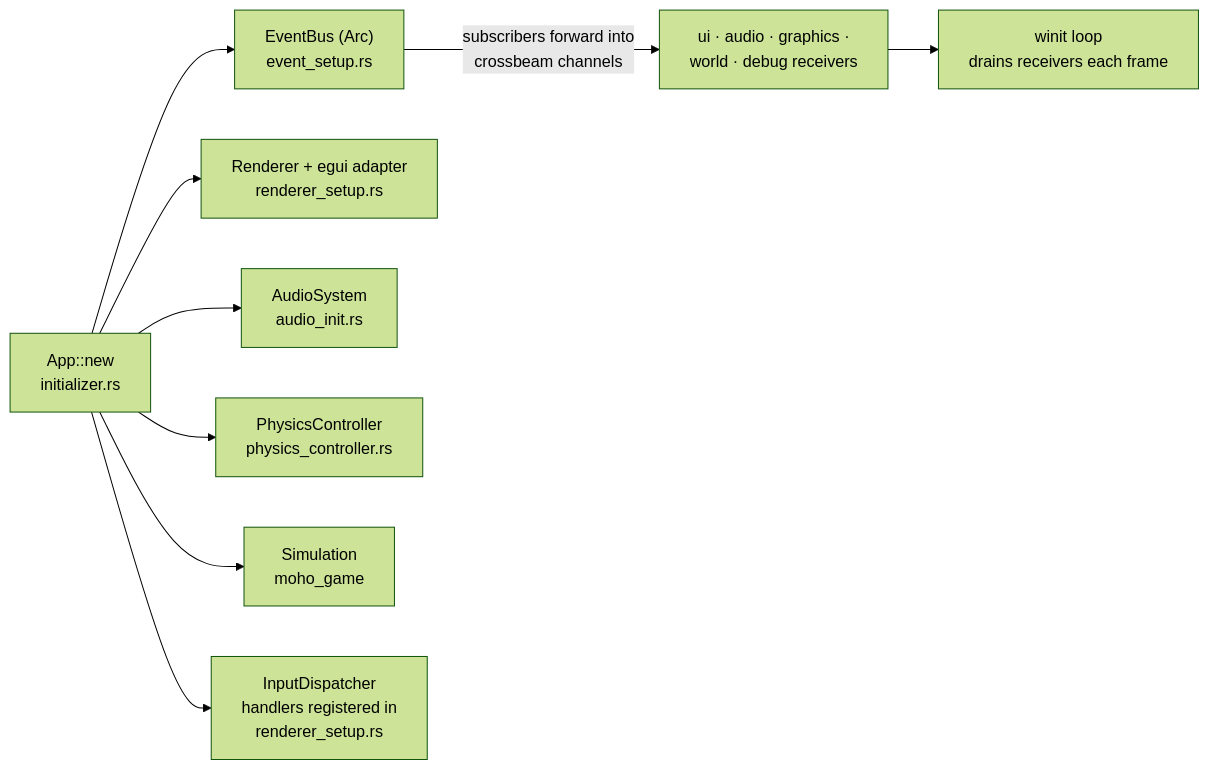
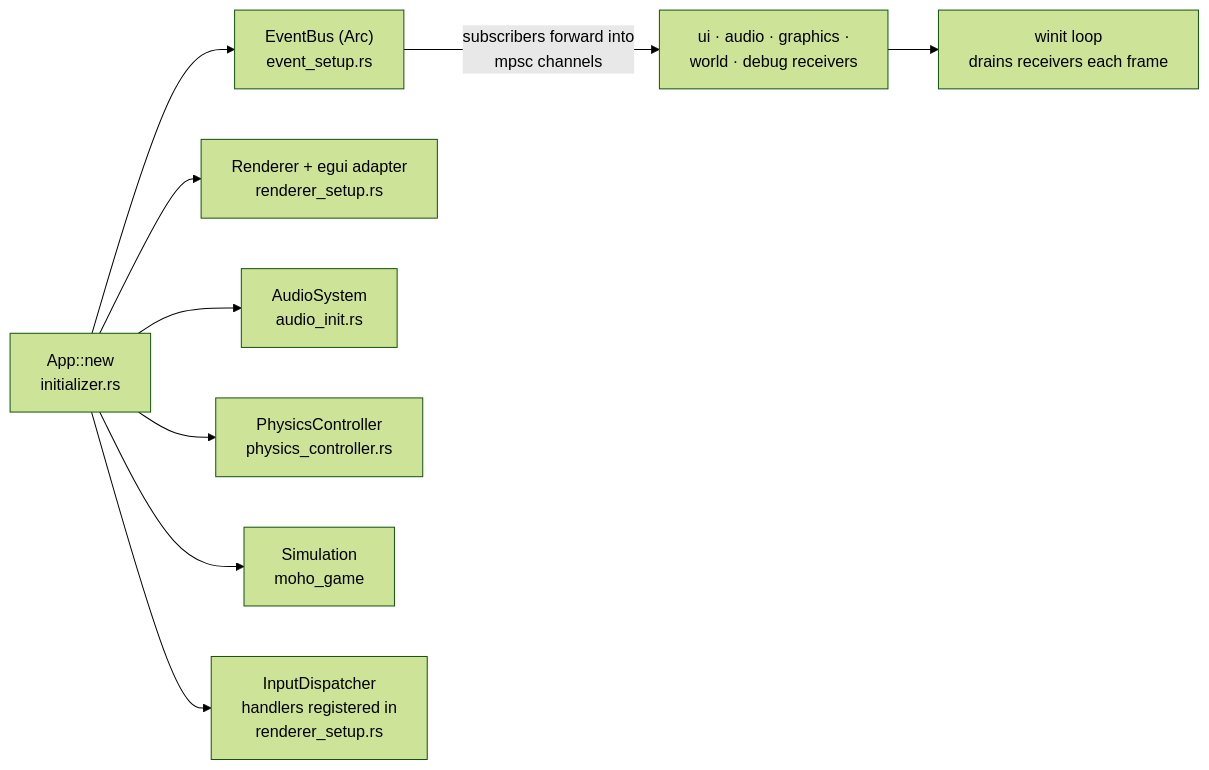
Before and after one commit to WrackedFella/moho: the third of 3 diagrams in wiki/architecture/overview.md, drawn with Mermaid (forest theme). The commit also changed 1 other file, not shown here.

Commit message:
docs(wiki): event channels are std::sync::mpsc (ENG-F2-06)
Refs #99

Claude-Session: https://claude.ai/code/session_018D4EmGTNpip5xqYmECJYpm

````diff
--- a/wiki/architecture/overview.md
+++ b/wiki/architecture/overview.md
@@ -121,11 +121,11 @@
 ```mermaid
 flowchart LR
     init["App::new<br/>initializer.rs"] --> bus["EventBus (Arc)<br/>event_setup.rs"]
     init --> rend["Renderer + egui adapter<br/>renderer_setup.rs"]
     init --> aud["AudioSystem<br/>audio_init.rs"]
     init --> phys["PhysicsController<br/>physics_controller.rs"]
     init --> sim["Simulation<br/>moho_game"]
     init --> disp["InputDispatcher<br/>handlers registered in<br/>renderer_setup.rs"]
-    bus -->|"subscribers forward into<br/>crossbeam channels"| chans["ui · audio · graphics ·<br/>world · debug receivers"]
+    bus -->|"subscribers forward into<br/>mpsc channels"| chans["ui · audio · graphics ·<br/>world · debug receivers"]
     chans --> loop["winit loop<br/>drains receivers each frame"]
 ```
````
